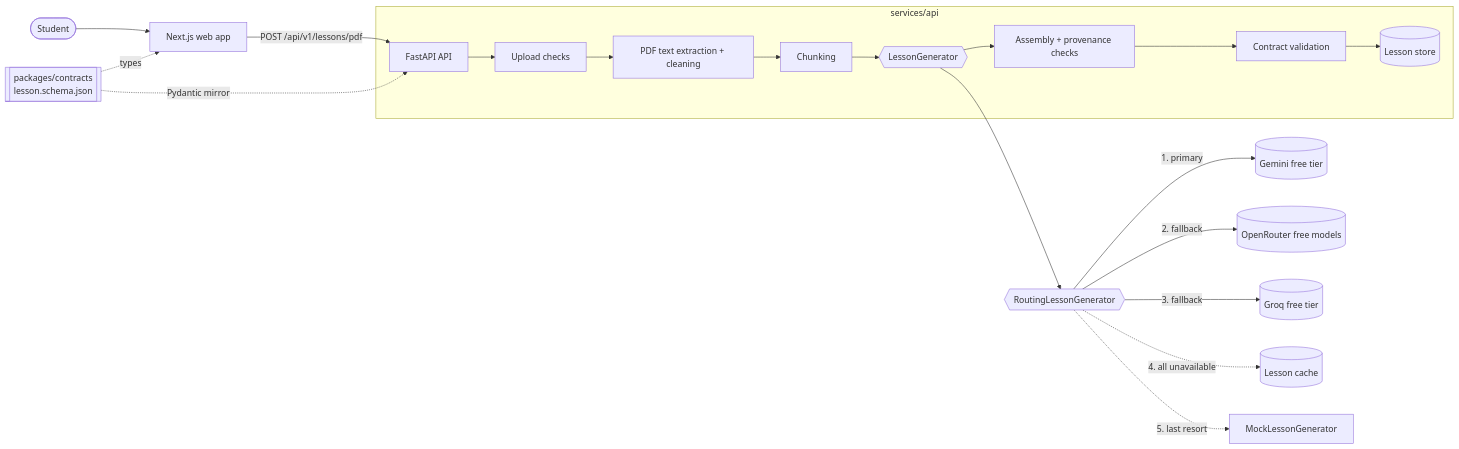
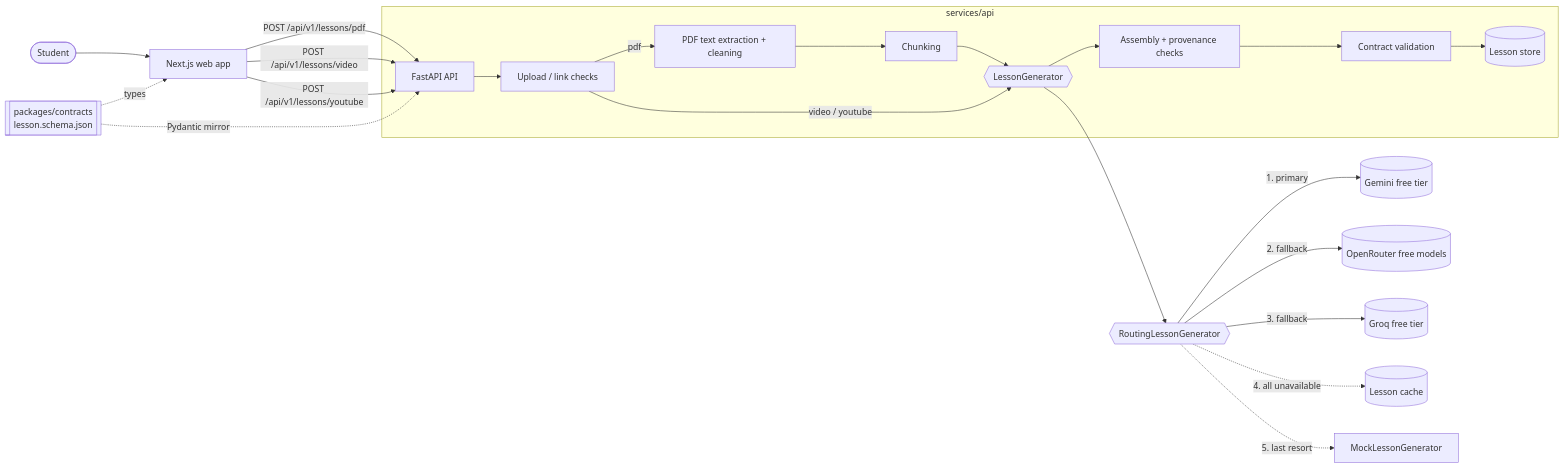
The diagram in docs/architecture/overview.md (shloknarvekar/visual-learning-accessibility), drawn with Mermaid before and after one commit. The commit also changed other lines of this file and 1 other file, not shown here.

First line of the commit message:
docs(api): document video/YouTube endpoints, subject field, and timestamps

````diff
--- a/docs/architecture/overview.md
+++ b/docs/architecture/overview.md
@@ -13,22 +13,25 @@
 ```mermaid
 flowchart LR
   user([Student]) --> web[Next.js web app]
   web -- "POST /api/v1/lessons/pdf" --> api[FastAPI API]
+  web -- "POST /api/v1/lessons/video" --> api
+  web -- "POST /api/v1/lessons/youtube" --> api
   subgraph api_internals [services/api]
-    api --> upload[Upload checks]
-    upload --> extraction[PDF text extraction + cleaning]
+    api --> upload[Upload / link checks]
+    upload -- pdf --> extraction[PDF text extraction + cleaning]
     extraction --> chunking[Chunking]
     chunking --> generator{{LessonGenerator}}
+    upload -- "video / youtube" --> generator
     generator --> assembly[Assembly + provenance checks]
     assembly --> validation[Contract validation]
     validation --> store[(Lesson store)]
   end
   generator --> routing{{RoutingLessonGenerator}}
   routing -- "1. primary" --> gemini[(Gemini free tier)]
   routing -- "2. fallback" --> openrouter[(OpenRouter free models)]
   routing -- "3. fallback" --> groq[(Groq free tier)]
   routing -. "4. all unavailable" .-> cache[(Lesson cache)]
   routing -. "5. last resort" .-> mock[MockLessonGenerator]
   contracts[[packages/contracts<br/>lesson.schema.json]] -. types .-> web
   contracts -. Pydantic mirror .-> api
 ```
````
